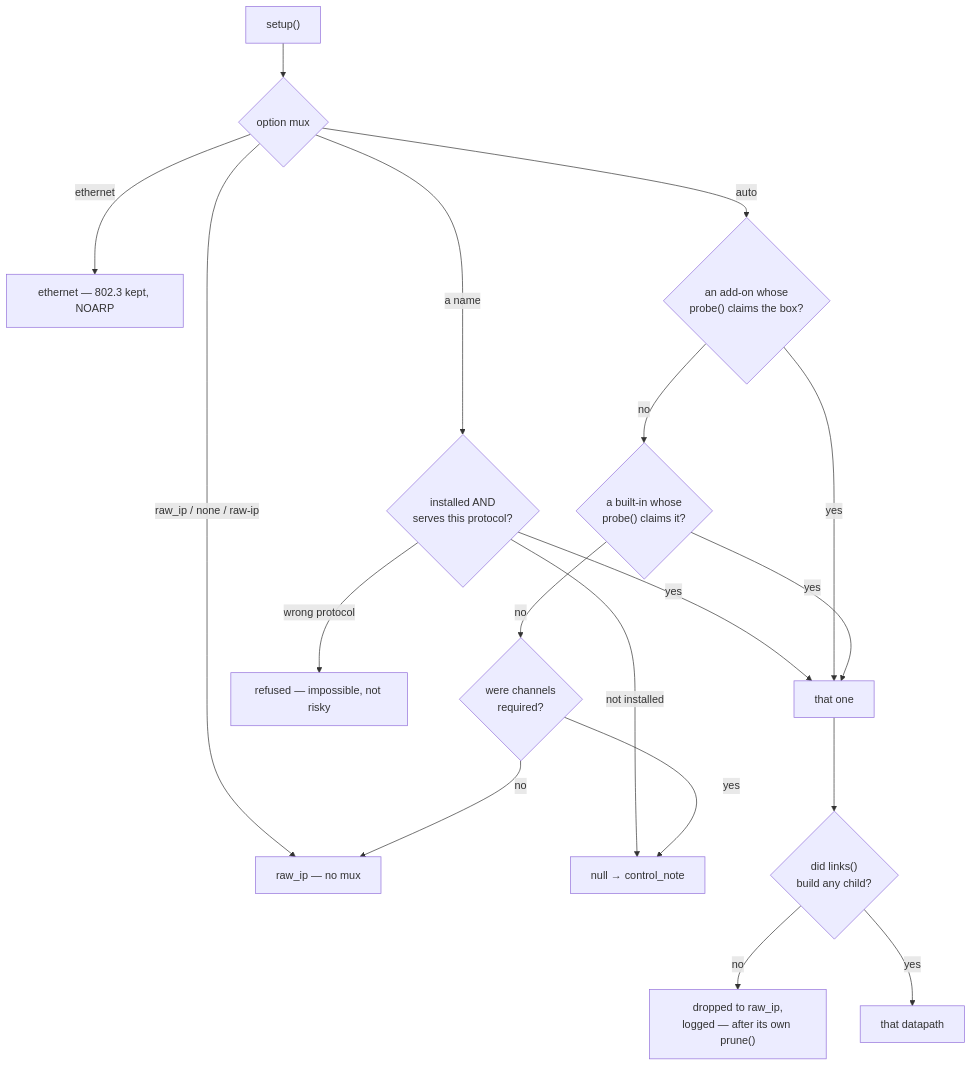
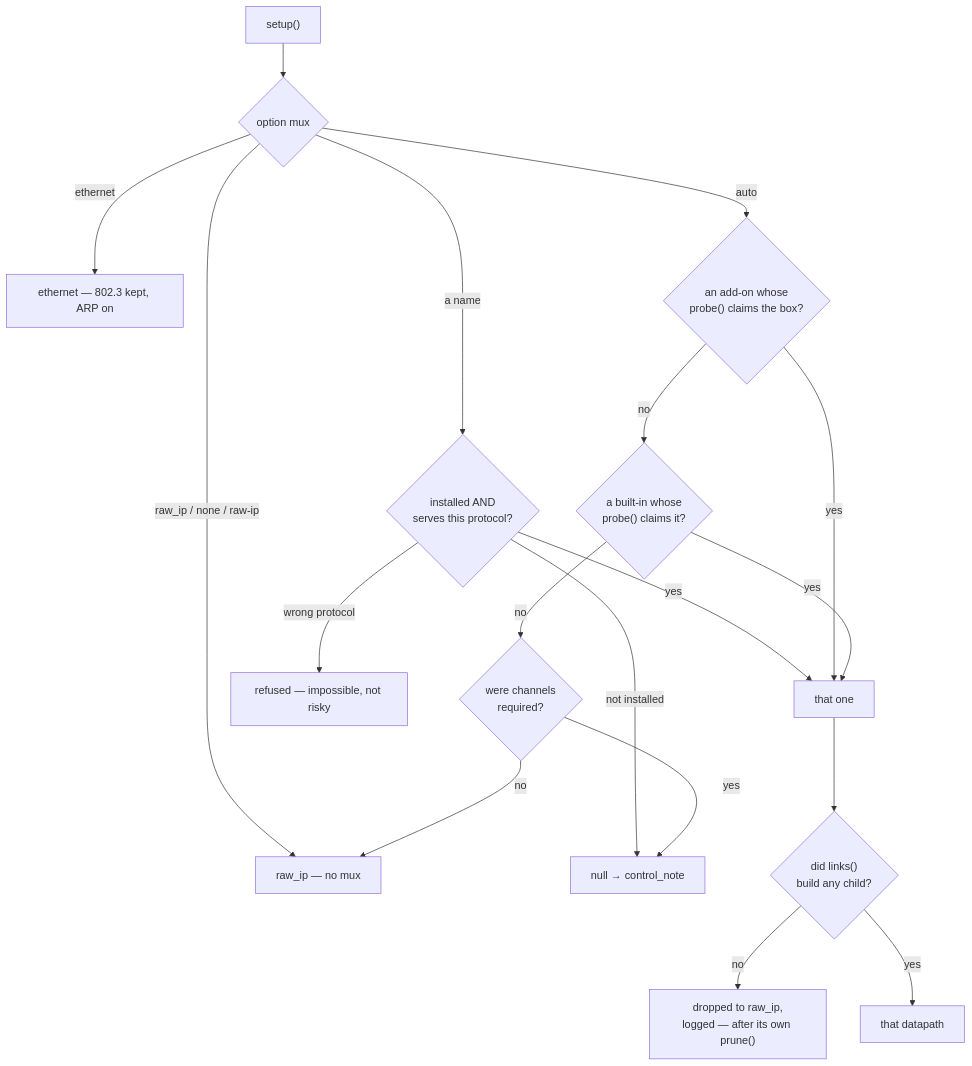
One commit to ddimension/wwand changed the sixth of 6 diagrams in docs/datapath-interface.md. Above: the diagram before and after it, drawn with Mermaid. The commit also changed other lines of this file and 26 other files, not shown here.

````diff
--- a/docs/datapath-interface.md
+++ b/docs/datapath-interface.md
@@ -373,20 +386,20 @@
 ```mermaid
 flowchart TD
   START["setup()"] --> MUX{"option mux"}
   MUX -->|"raw_ip / none / raw-ip"| RIP["raw_ip — no mux"]
-  MUX -->|ethernet| ETH["ethernet — 802.3 kept, NOARP"]
+  MUX -->|ethernet| ETH["ethernet — 802.3 kept, ARP on"]
   MUX -->|"a name"| NAMED{"installed AND<br/>serves this protocol?"}
   NAMED -->|yes| USE["that one"]
   NAMED -->|"wrong protocol"| ERR["refused — impossible, not risky"]
   NAMED -->|"not installed"| NULLB["null → control_note"]
   MUX -->|auto| ADDON{"an add-on whose<br/>probe() claims the box?"}
   ADDON -->|yes| USE
   ADDON -->|no| BI{"a built-in whose<br/>probe() claims it?"}
   BI -->|yes| USE
   BI -->|no| NEED{"were channels<br/>required?"}
   NEED -->|yes| NULLB
   NEED -->|no| RIP
   USE --> CH{"did links()<br/>build any child?"}
   CH -->|no| DROP["dropped to raw_ip,<br/>logged — after its own prune()"]
   CH -->|yes| DONE["that datapath"]
 ```
````
